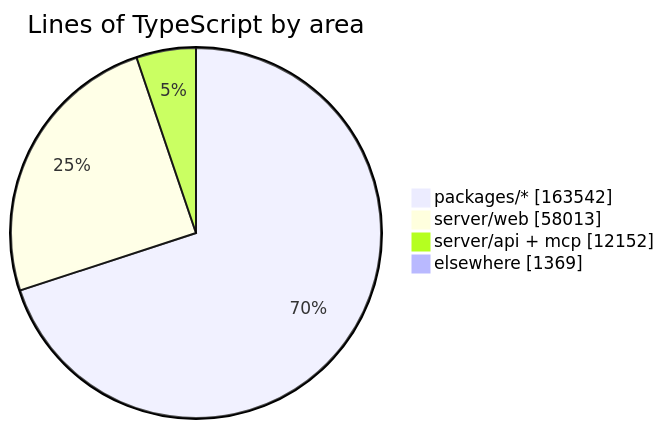
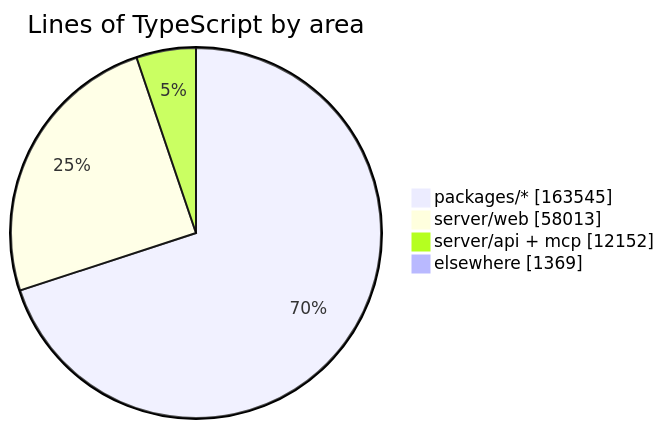
The diagram in README.md (crossworks-engineering/mantle), drawn with Mermaid before and after one commit. The commit also changed other lines of this file and 2 other files, not shown here.

````diff
--- a/README.md
+++ b/README.md
@@ -279,7 +279,7 @@
 ```mermaid
 pie showData title Lines of TypeScript by area
-    "packages/*" : 163542
+    "packages/*" : 163545
     "server/web" : 58013
     "server/api + mcp" : 12152
     "elsewhere" : 1369
 ```
````
